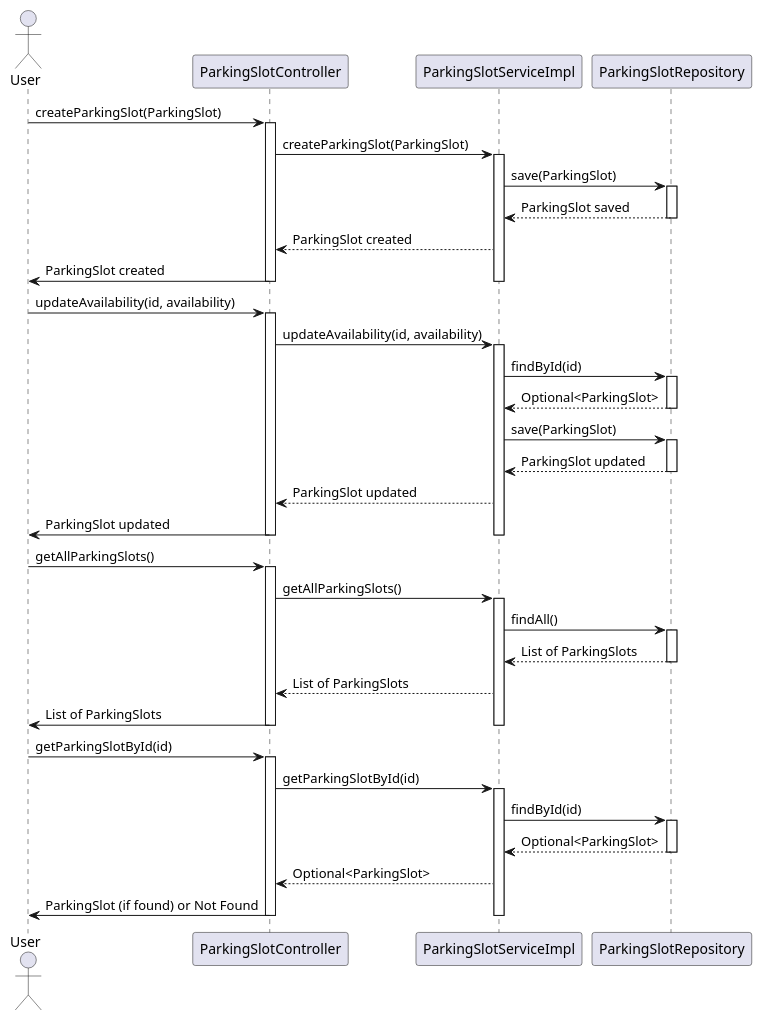
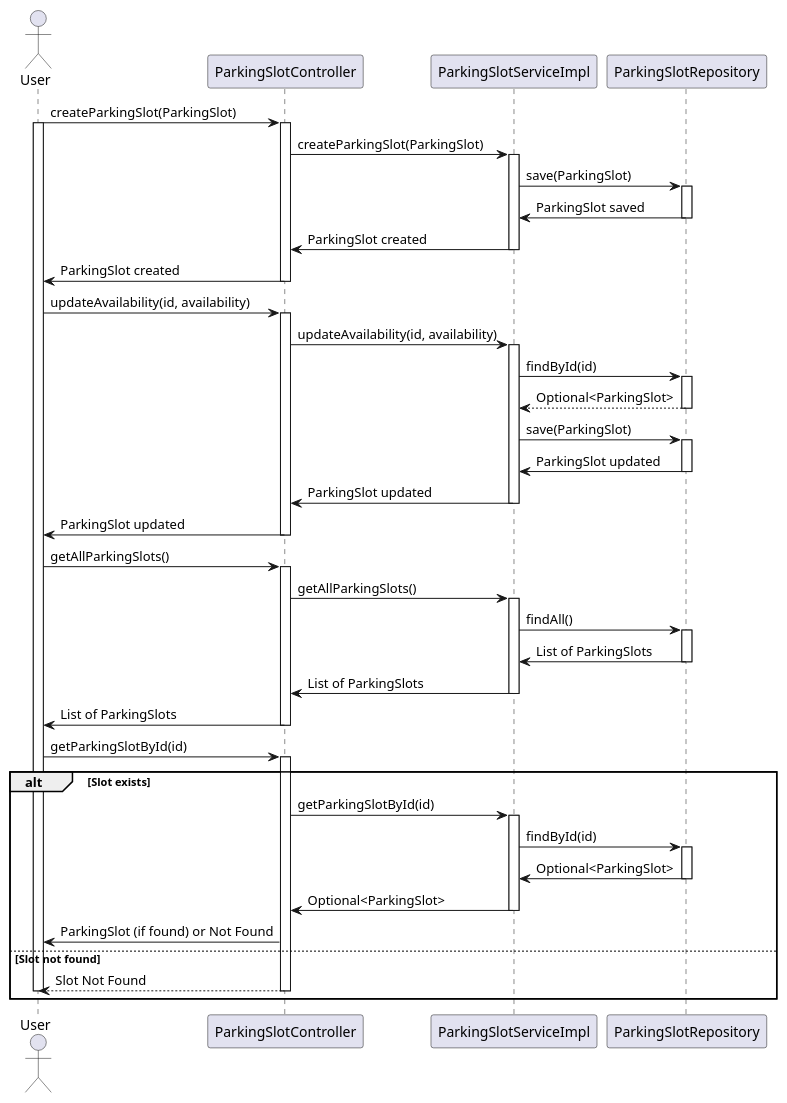
The diagram in parkingslot-service/src/uml/ParkingSlot.puml (RakusasuDorea/MicroserviceDemo), drawn with PlantUML before and after one commit.

Commit message:
ParkingSlot.puml

```diff
--- a/parkingslot-service/src/uml/ParkingSlot.puml
+++ b/parkingslot-service/src/uml/ParkingSlot.puml
@@ -1,64 +1,69 @@
 @startuml
 
 actor User
 participant ParkingSlotController
 participant ParkingSlotServiceImpl
 participant ParkingSlotRepository
 
 User -> ParkingSlotController: createParkingSlot(ParkingSlot)
+activate User
 activate ParkingSlotController
 ParkingSlotController -> ParkingSlotServiceImpl: createParkingSlot(ParkingSlot)
 activate ParkingSlotServiceImpl
 ParkingSlotServiceImpl -> ParkingSlotRepository: save(ParkingSlot)
 activate ParkingSlotRepository
-ParkingSlotRepository --> ParkingSlotServiceImpl: ParkingSlot saved
+ParkingSlotRepository -> ParkingSlotServiceImpl: ParkingSlot saved
 deactivate ParkingSlotRepository
-ParkingSlotServiceImpl --> ParkingSlotController: ParkingSlot created
+ParkingSlotServiceImpl -> ParkingSlotController: ParkingSlot created
+deactivate ParkingSlotServiceImpl
 ParkingSlotController -> User: ParkingSlot created
-deactivate ParkingSlotServiceImpl
 deactivate ParkingSlotController
 
 User -> ParkingSlotController: updateAvailability(id, availability)
 activate ParkingSlotController
 ParkingSlotController -> ParkingSlotServiceImpl: updateAvailability(id, availability)
 activate ParkingSlotServiceImpl
 ParkingSlotServiceImpl -> ParkingSlotRepository: findById(id)
 activate ParkingSlotRepository
 ParkingSlotRepository --> ParkingSlotServiceImpl: Optional<ParkingSlot>
 deactivate ParkingSlotRepository
 ParkingSlotServiceImpl -> ParkingSlotRepository: save(ParkingSlot)
 activate ParkingSlotRepository
-ParkingSlotRepository --> ParkingSlotServiceImpl: ParkingSlot updated
+ParkingSlotRepository -> ParkingSlotServiceImpl: ParkingSlot updated
 deactivate ParkingSlotRepository
-ParkingSlotServiceImpl --> ParkingSlotController: ParkingSlot updated
+ParkingSlotServiceImpl -> ParkingSlotController: ParkingSlot updated
+deactivate ParkingSlotServiceImpl
 ParkingSlotController -> User: ParkingSlot updated
-deactivate ParkingSlotServiceImpl
 deactivate ParkingSlotController
 
 User -> ParkingSlotController: getAllParkingSlots()
 activate ParkingSlotController
 ParkingSlotController -> ParkingSlotServiceImpl: getAllParkingSlots()
 activate ParkingSlotServiceImpl
 ParkingSlotServiceImpl -> ParkingSlotRepository: findAll()
 activate ParkingSlotRepository
-ParkingSlotRepository --> ParkingSlotServiceImpl: List of ParkingSlots
+ParkingSlotRepository -> ParkingSlotServiceImpl: List of ParkingSlots
 deactivate ParkingSlotRepository
-ParkingSlotServiceImpl --> ParkingSlotController: List of ParkingSlots
+ParkingSlotServiceImpl -> ParkingSlotController: List of ParkingSlots
+deactivate ParkingSlotServiceImpl
 ParkingSlotController -> User: List of ParkingSlots
-deactivate ParkingSlotServiceImpl
 deactivate ParkingSlotController
 
 User -> ParkingSlotController: getParkingSlotById(id)
 activate ParkingSlotController
+alt Slot exists
 ParkingSlotController -> ParkingSlotServiceImpl: getParkingSlotById(id)
 activate ParkingSlotServiceImpl
 ParkingSlotServiceImpl -> ParkingSlotRepository: findById(id)
 activate ParkingSlotRepository
-ParkingSlotRepository --> ParkingSlotServiceImpl: Optional<ParkingSlot>
+ParkingSlotRepository -> ParkingSlotServiceImpl: Optional<ParkingSlot>
 deactivate ParkingSlotRepository
-ParkingSlotServiceImpl --> ParkingSlotController: Optional<ParkingSlot>
+ParkingSlotServiceImpl -> ParkingSlotController: Optional<ParkingSlot>
+deactivate ParkingSlotServiceImpl
 ParkingSlotController -> User: ParkingSlot (if found) or Not Found
-deactivate ParkingSlotServiceImpl
+else Slot not found
+ParkingSlotController --> User: Slot Not Found
 deactivate ParkingSlotController
-
+deactivate User
+end
 @enduml
```
